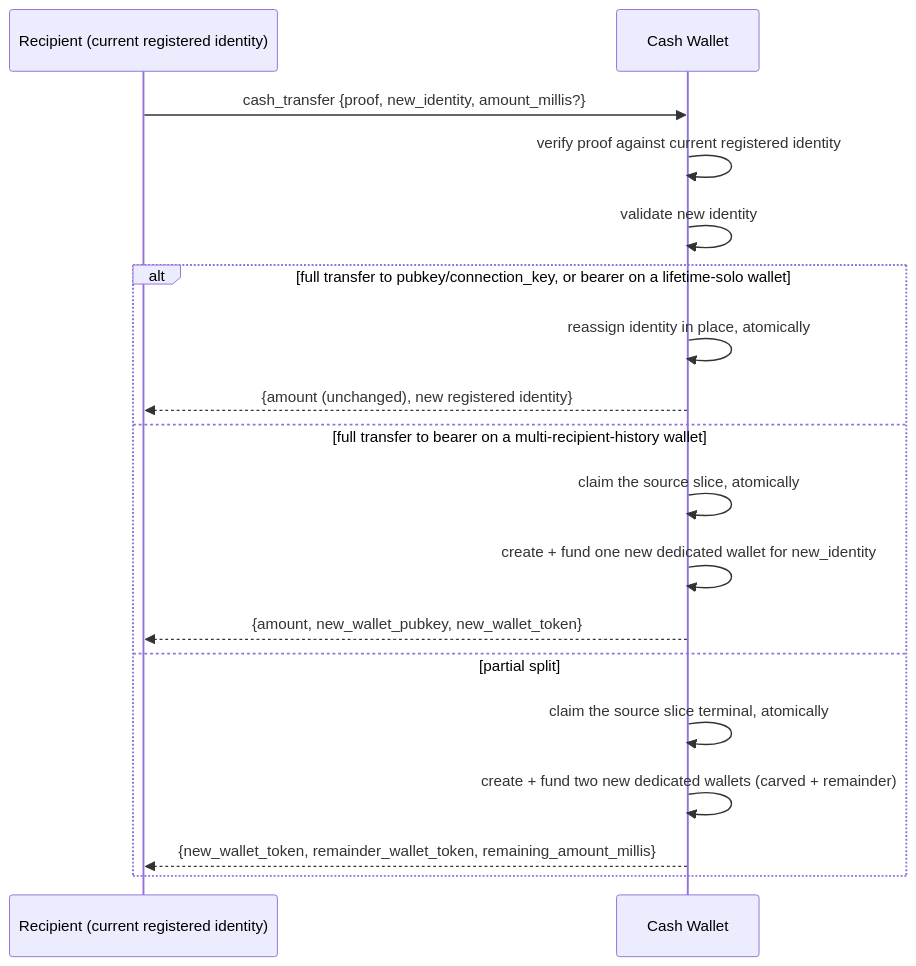
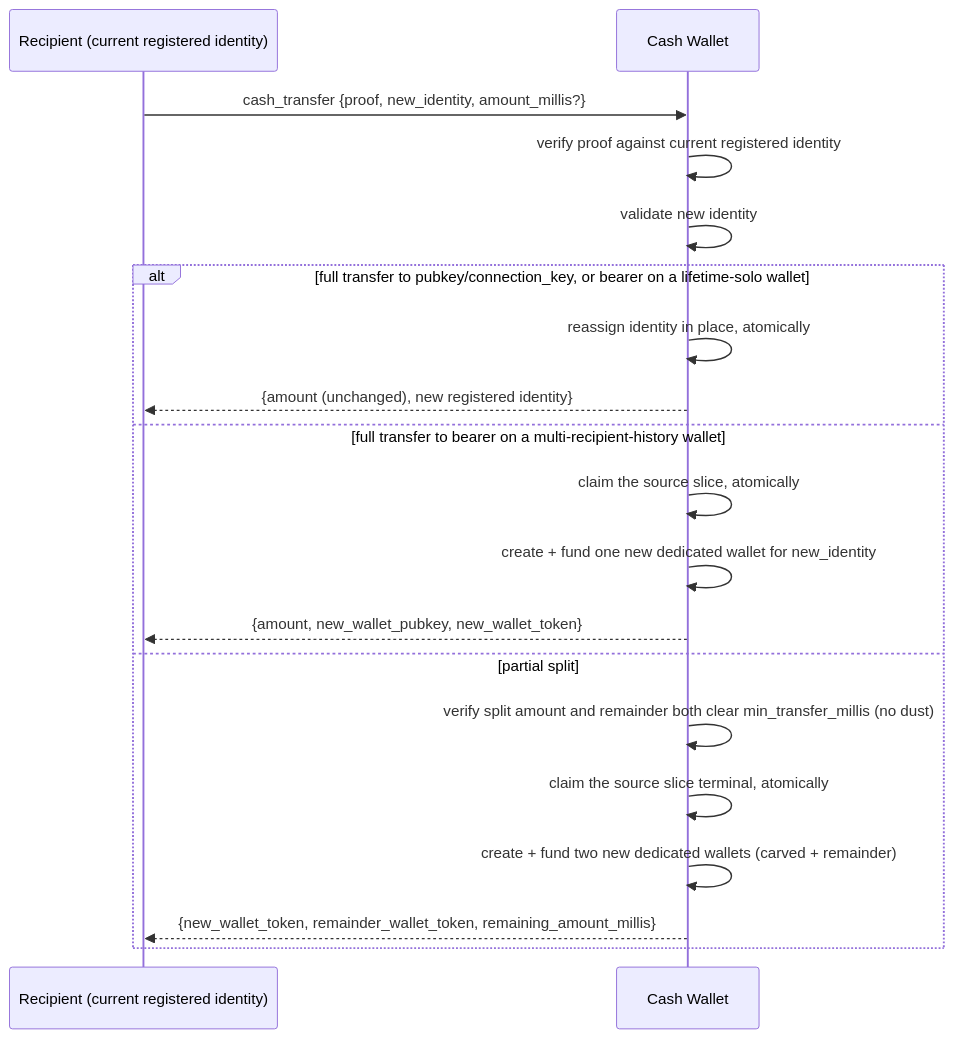
Before and after one commit to flokiorg/lokihub: the fourth of 8 diagrams in docs/nips/NIP-CASH.md, drawn with Mermaid. The commit also changed other lines of this file and 1 other file, not shown here.

First line of the commit message:
docs(nips): round 9 — a missing diagram step, a misattributed heading, and a real spec gap

````diff
--- a/docs/nips/NIP-CASH.md
+++ b/docs/nips/NIP-CASH.md
@@ -509,21 +509,22 @@
 ```mermaid
 sequenceDiagram
     participant Caller as Recipient (current registered identity)
     participant Wallet as Cash Wallet
 
     Caller->>Wallet: cash_transfer {proof, new_identity, amount_millis?}
     Wallet->>Wallet: verify proof against current registered identity
     Wallet->>Wallet: validate new identity
     alt full transfer to pubkey/connection_key, or bearer on a lifetime-solo wallet
         Wallet->>Wallet: reassign identity in place, atomically
         Wallet-->>Caller: {amount (unchanged), new registered identity}
     else full transfer to bearer on a multi-recipient-history wallet
         Wallet->>Wallet: claim the source slice, atomically
         Wallet->>Wallet: create + fund one new dedicated wallet for new_identity
         Wallet-->>Caller: {amount, new_wallet_pubkey, new_wallet_token}
     else partial split
+        Wallet->>Wallet: verify split amount and remainder both clear min_transfer_millis (no dust)
         Wallet->>Wallet: claim the source slice terminal, atomically
         Wallet->>Wallet: create + fund two new dedicated wallets (carved + remainder)
         Wallet-->>Caller: {new_wallet_token, remainder_wallet_token, remaining_amount_millis}
     end
 ```
````
